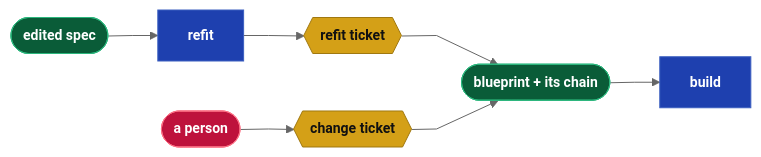
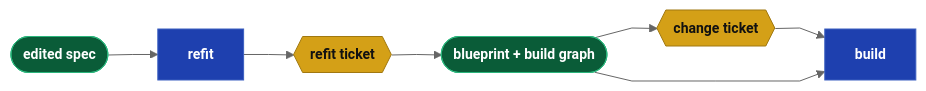
Before and after one commit to webcloudstudio/Drydock: the third of 3 diagrams in docs/papers/SDD_Managing_Changed_Specifications.md, drawn with Mermaid. The commit also changed other lines of this file and 10 other files, not shown here.

````diff
--- a/docs/papers/SDD_Managing_Changed_Specifications.md
+++ b/docs/papers/SDD_Managing_Changed_Specifications.md
@@ -311,20 +158,19 @@
 ```mermaid
 %%{init: {'theme': 'neutral', 'flowchart': {'curve': 'linear'}, 'themeVariables': {'fontSize': '14px'}}}%%
 flowchart LR
   classDef dir    fill:#0a5c38,stroke:#2cb67d,color:#fff,font-weight:bold
   classDef md     fill:#d4a017,stroke:#a07810,color:#111,font-weight:bold
   classDef script fill:#1e40af,stroke:#3b5fc0,color:#fff,font-weight:bold
   classDef web    fill:#be123c,stroke:#fb7185,color:#fff,font-weight:bold
 
   EDIT(["edited spec"]):::dir
   REF["refit"]:::script
   TIX{{"refit ticket"}}:::md
-  PER(["a person"]):::web
   CT{{"change ticket"}}:::md
-  CHAIN(["blueprint + its chain"]):::dir
+  CHAIN(["blueprint + build graph"]):::dir
   BLD["build"]:::script
 
   EDIT --> REF --> TIX --> CHAIN
-  PER --> CT --> CHAIN
+  CHAIN --> CT --> BLD
   CHAIN --> BLD
 ```
````
